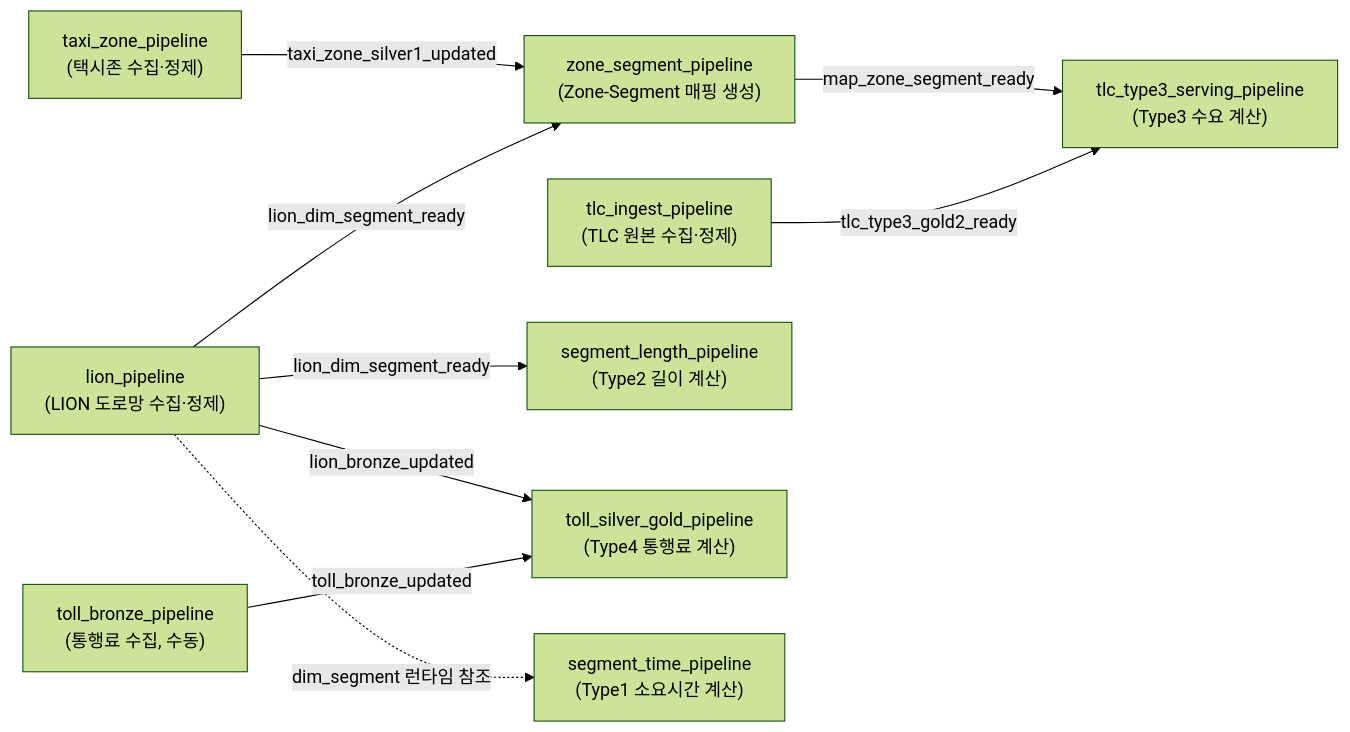
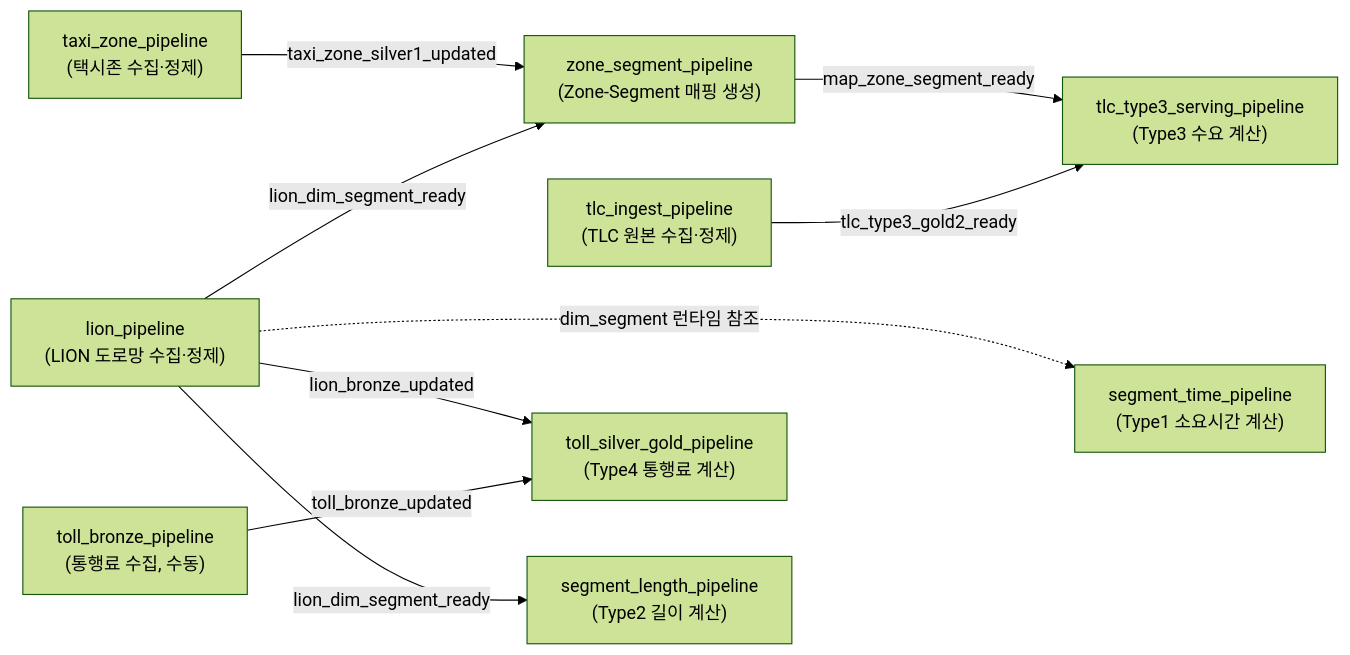
Before and after one commit to everyday6/api_project: the diagram in README.md, drawn with Mermaid (forest theme).

Commit message:
docs: t2-t1 보이지 않는 연결선 추가해 segment_time_pipeline 정렬 유지

````diff
--- a/README.md
+++ b/README.md
@@ -160,23 +160,24 @@
 ```mermaid
 graph LR
     zone["taxi_zone_pipeline<br/>(택시존 수집·정제)"]
     lion["lion_pipeline<br/>(LION 도로망 수집·정제)"]
     tollb["toll_bronze_pipeline<br/>(통행료 수집, 수동)"]
     tlcIngest["tlc_ingest_pipeline<br/>(TLC 원본 수집·정제)"]
 
     zs["zone_segment_pipeline<br/>(Zone-Segment 매핑 생성)"]
     t2["segment_length_pipeline<br/>(Type2 길이 계산)"]
     t4["toll_silver_gold_pipeline<br/>(Type4 통행료 계산)"]
 
     t3["tlc_type3_serving_pipeline<br/>(Type3 수요 계산)"]
     t1["segment_time_pipeline<br/>(Type1 소요시간 계산)"]
 
     zone -->|taxi_zone_silver1_updated| zs
     lion -->|lion_dim_segment_ready| zs
     lion -->|lion_dim_segment_ready| t2
     lion -->|lion_bronze_updated| t4
     tollb -->|toll_bronze_updated| t4
     zs -->|map_zone_segment_ready| t3
     tlcIngest -->|tlc_type3_gold2_ready| t3
     lion -.->|dim_segment 런타임 참조| t1
+    t2 ~~~ t1
 ```
````
